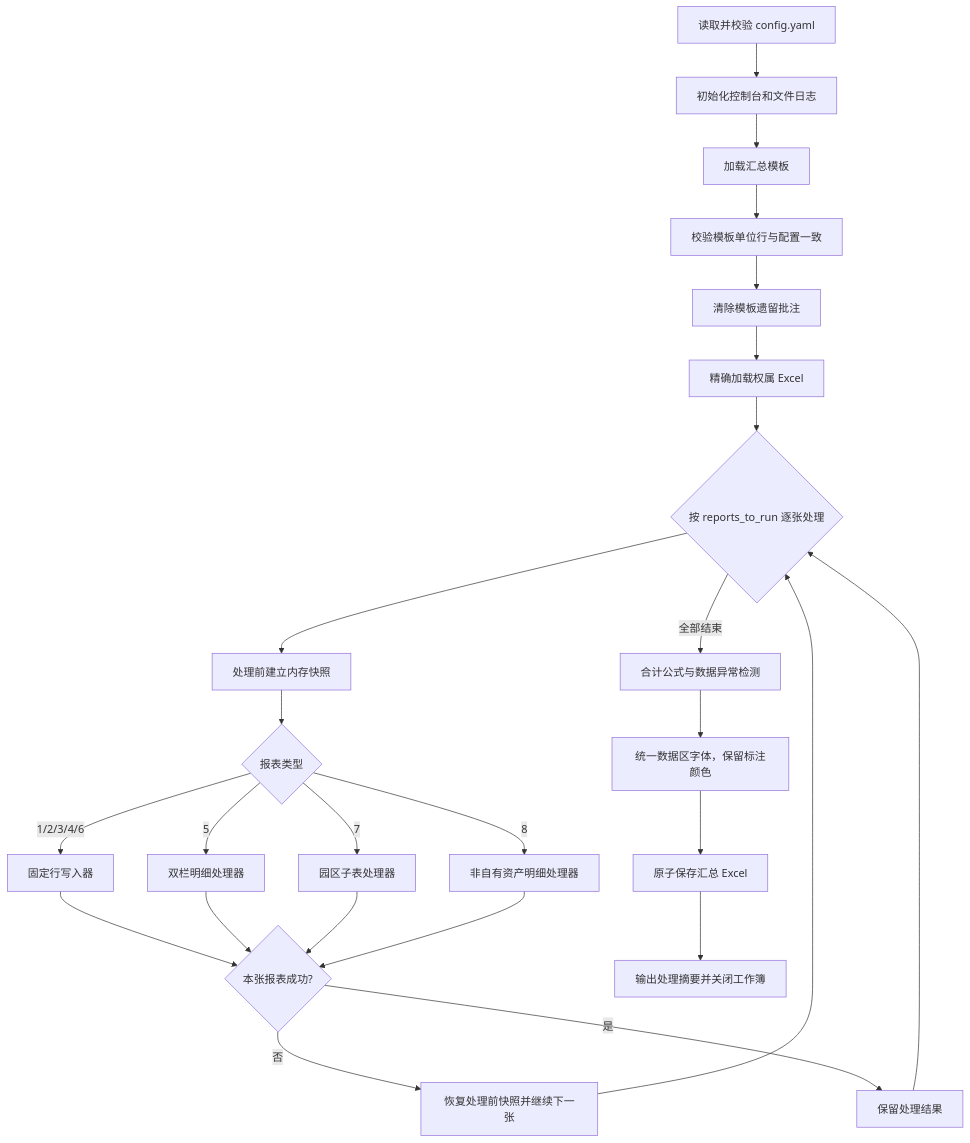
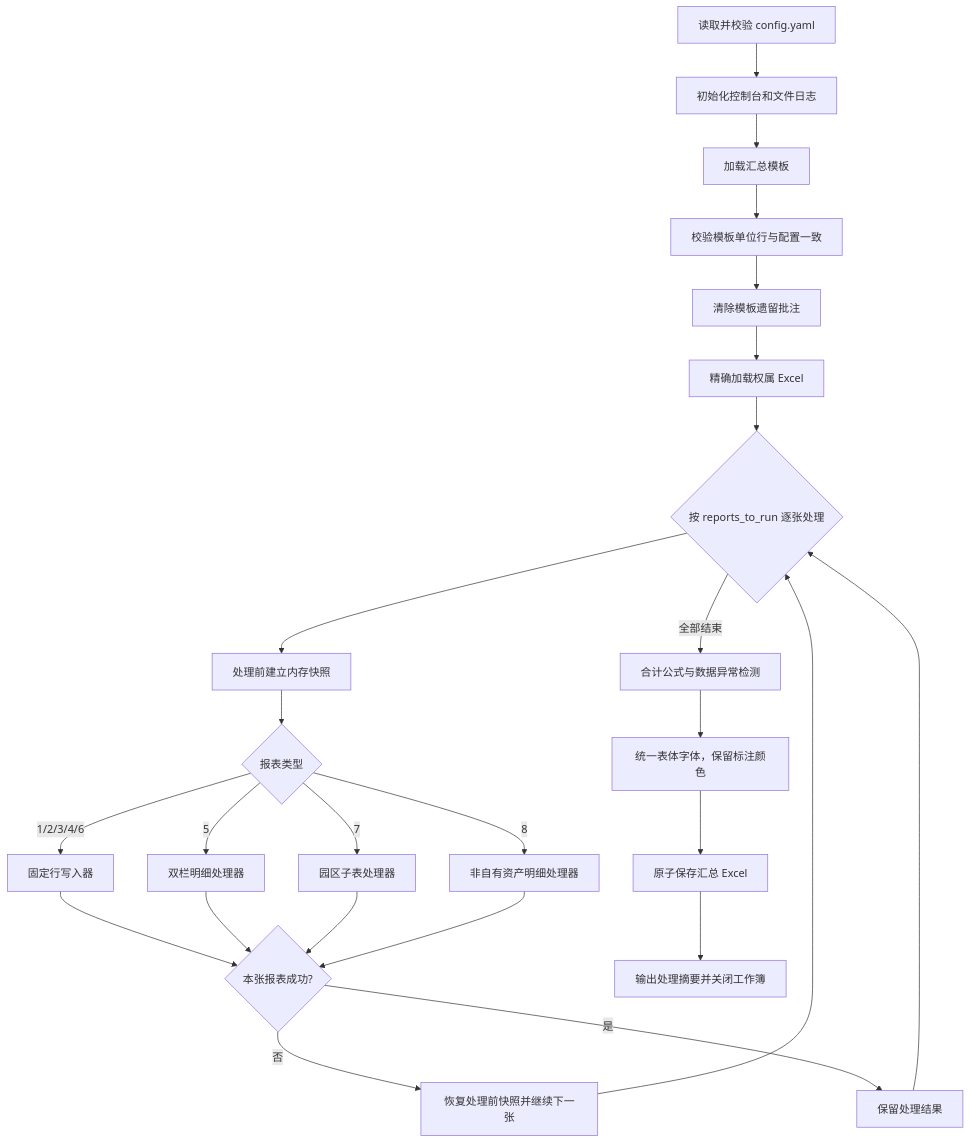
One commit to zejunwu12/eco-analysis-automation changed the diagram in README.md. Above: the diagram before and after it, drawn with Mermaid. The commit also changed other lines of this file and 7 other files, not shown here.

````diff
--- a/README.md
+++ b/README.md
@@ -75,27 +75,27 @@
 ```mermaid
 flowchart TD
     A[读取并校验 config.yaml] --> B[初始化控制台和文件日志]
     B --> C[加载汇总模板]
     C --> D[校验模板单位行与配置一致]
     D --> E[清除模板遗留批注]
     E --> F[精确加载权属 Excel]
     F --> G{按 reports_to_run 逐张处理}
     G --> H[处理前建立内存快照]
     H --> I{报表类型}
     I -->|1/2/3/4/6| J[固定行写入器]
     I -->|5| K[双栏明细处理器]
     I -->|7| L[园区子表处理器]
     I -->|8| M[非自有资产明细处理器]
     J --> N{本张报表成功?}
     K --> N
     L --> N
     M --> N
     N -->|否| O[恢复处理前快照并继续下一张]
     N -->|是| P[保留处理结果]
     O --> G
     P --> G
     G -->|全部结束| Q[合计公式与数据异常检测]
-    Q --> T[统一数据区字体，保留标注颜色]
+    Q --> T[统一表体字体，保留标注颜色]
     T --> R[原子保存汇总 Excel]
     R --> S[输出处理摘要并关闭工作簿]
 ```
````
